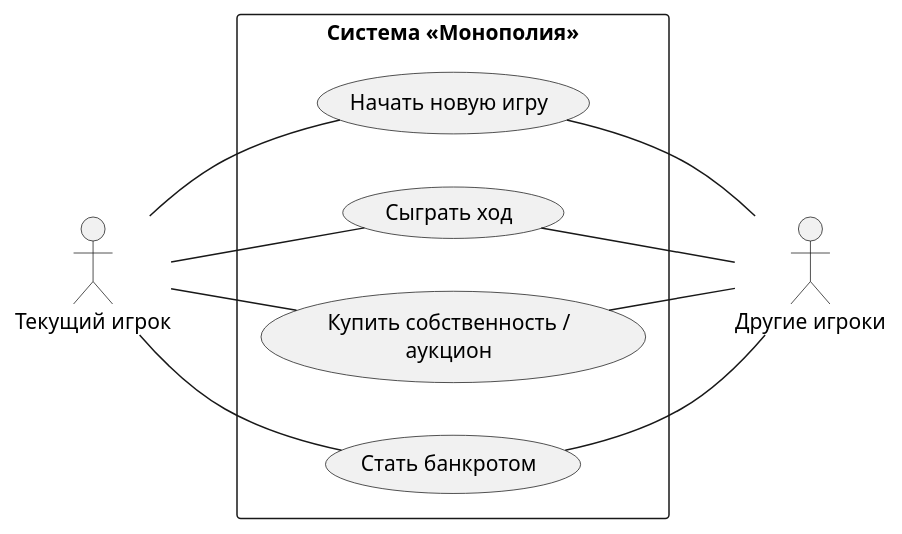
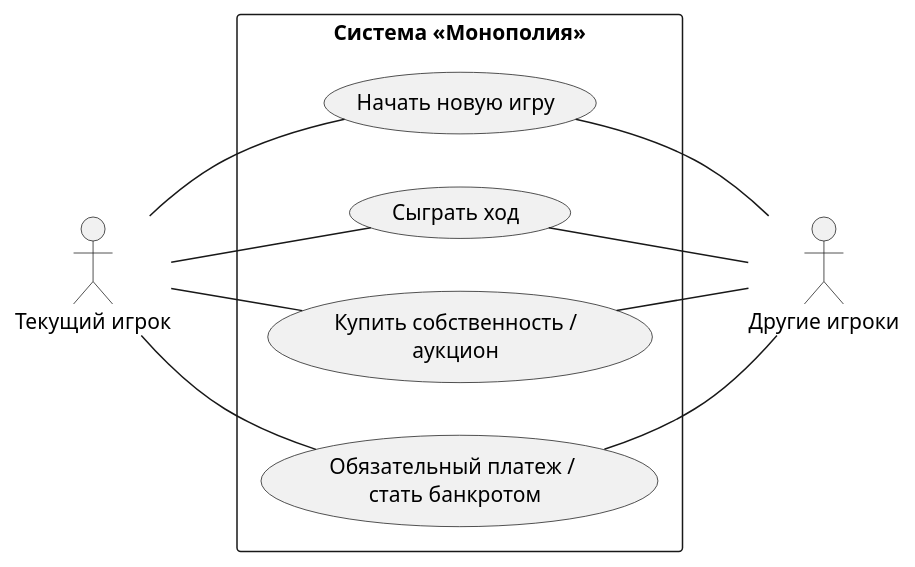
One commit to penamarth/bsbo-11-24_team4_var14_monopoly changed the diagram in usecases_monopoly.puml. Above: the diagram before and after it, drawn with PlantUML. The commit also changed 45 other files, not shown here.

```diff
--- a/usecases_monopoly.puml
+++ b/usecases_monopoly.puml
@@ -1,26 +1,26 @@
 @startuml
 left to right direction
 skinparam monochrome true
 skinparam shadowing false
 skinparam packageStyle rectangle
 
 actor "Текущий игрок" as Текущий
 actor "Другие игроки" as Другие
 
 rectangle "Система «Монополия»" {
   usecase "Начать новую игру" as UC1
   usecase "Сыграть ход" as UC2
   usecase "Купить собственность /\nаукцион" as UC3
-  usecase "Стать банкротом" as UC4
+  usecase "Обязательный платеж / \n стать банкротом " as UC4
 }
 
 Текущий -- UC1
 Текущий -- UC2
 Текущий -- UC3
 Текущий -- UC4
 
 UC1 -- Другие
 UC2 -- Другие
 UC3 -- Другие
 UC4 -- Другие
 @enduml
```
